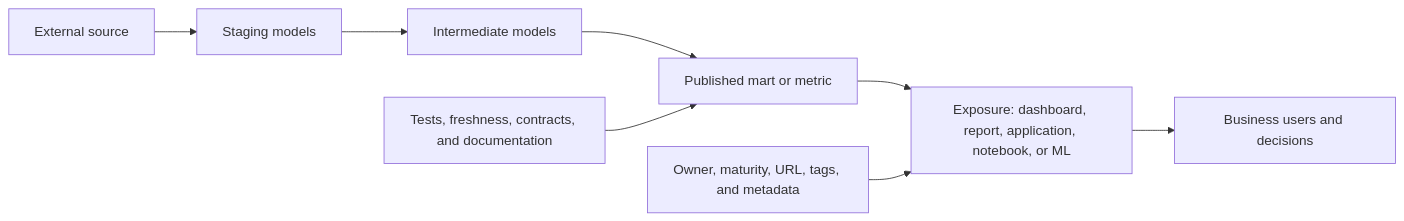
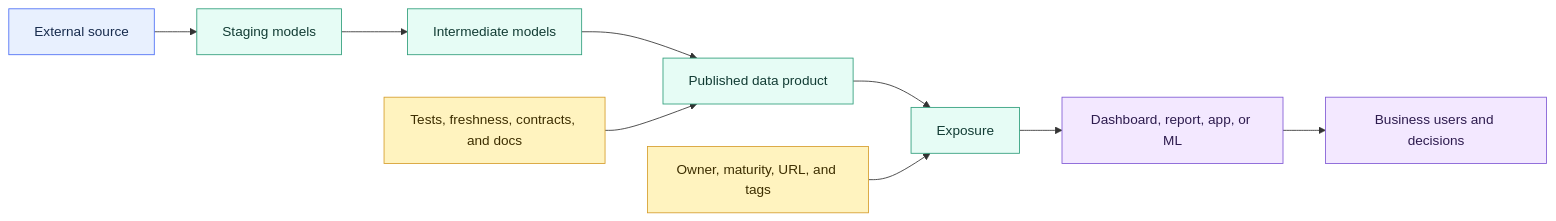
Before and after one commit to shonningsoy/Upskill: the diagram in 02 dbt/03 Testing Documentation and Data Quality/25 Exposures.md, drawn with Mermaid. The commit also changed other lines of this file and 31 other files, not shown here.

````diff
--- a/02 dbt/03 Testing Documentation and Data Quality/25 Exposures.md
+++ b/02 dbt/03 Testing Documentation and Data Quality/25 Exposures.md
@@ -74,11 +75,22 @@
 ```mermaid
 flowchart LR
     A[External source] --> B[Staging models]
     B --> C[Intermediate models]
-    C --> D[Published mart or metric]
-    D --> E[Exposure: dashboard, report, application, notebook, or ML]
-    E --> F[Business users and decisions]
+    C --> D[Published data product]
+    D --> E[Exposure]
+    E --> F[Dashboard, report, app, or ML]
+    F --> G[Business users and decisions]
 
-    G[Owner, maturity, URL, tags, and metadata] --> E
-    H[Tests, freshness, contracts, and documentation] --> D
+    H[Owner, maturity, URL, and tags] --> E
+    I[Tests, freshness, contracts, and docs] --> D
+
+    class A input
+    class B,C,D,E dbt
+    class H,I control
+    class F,G output
+    classDef input fill:#E8F0FE,stroke:#4C6EF5,color:#172B4D
+    classDef control fill:#FFF3BF,stroke:#D69E2E,color:#3D2E00
+    classDef dbt fill:#E6FCF5,stroke:#2F9E7B,color:#123C34
+    classDef platform fill:#F1F3F5,stroke:#868E96,color:#212529
+    classDef output fill:#F3E8FF,stroke:#805AD5,color:#2D1B4E
 ```
````
